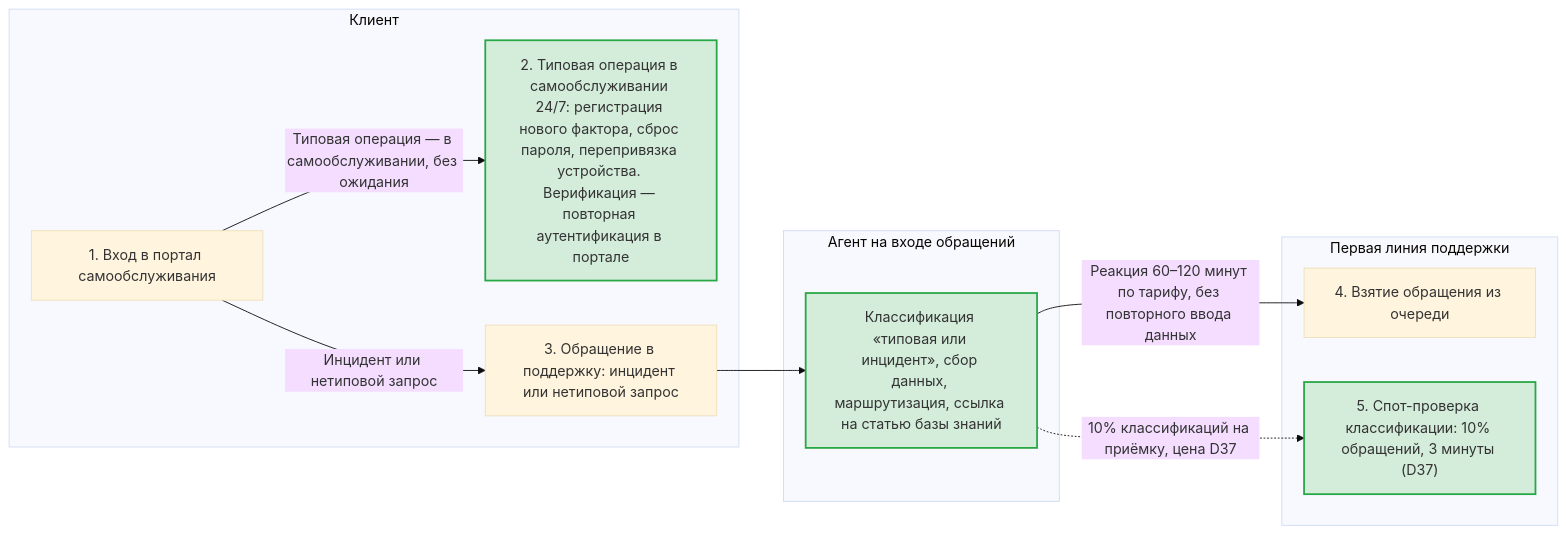
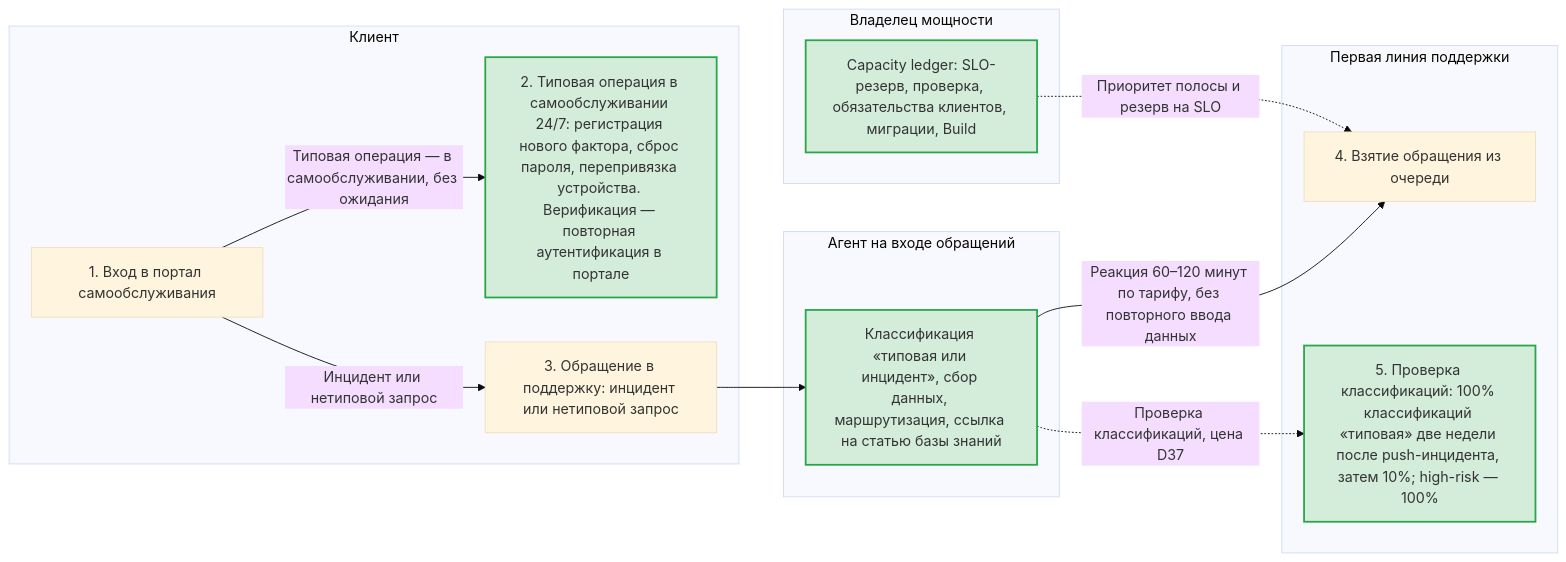
One commit to MikhailNv/pmis changed the second of 6 diagrams in практическая_работа_3.md. Above: the diagram before and after it, drawn with Mermaid (base theme). The commit also changed other lines of this file, not shown here.

````diff
--- a/практическая_работа_3.md
+++ b/практическая_работа_3.md
@@ -74,21 +80,25 @@
 ```mermaid
 flowchart LR
     classDef changed fill:#d4edda,stroke:#28a745,stroke-width:2px
     subgraph client["Клиент"]
         A1["1. Вход в портал самообслуживания"]
         A3["2. Типовая операция в самообслуживании 24/7: регистрация нового фактора, сброс пароля, перепривязка устройства. Верификация — повторная аутентификация в портале"]:::changed
         A2["3. Обращение в поддержку: инцидент или нетиповой запрос"]
     end
     subgraph agentlane["Агент на входе обращений"]
         C1["Классификация «типовая или инцидент», сбор данных, маршрутизация, ссылка на статью базы знаний"]:::changed
     end
     subgraph support["Первая линия поддержки"]
         B1["4. Взятие обращения из очереди"]
-        B4["5. Спот-проверка классификации: 10% обращений, 3 минуты (D37)"]:::changed
+        B4["5. Проверка классификаций: 100% классификаций «типовая» две недели после push-инцидента, затем 10%; high-risk — 100%"]:::changed
+    end
+    subgraph capacity["Владелец мощности"]
+        D1["Capacity ledger: SLO-резерв, проверка, обязательства клиентов, миграции, Build"]:::changed
     end
     A1 -->|"Типовая операция — в самообслуживании, без ожидания"| A3
     A1 -->|"Инцидент или нетиповой запрос"| A2
     A2 --> C1
     C1 -->|"Реакция 60–120 минут по тарифу, без повторного ввода данных"| B1
-    C1 -.->|"10% классификаций на приёмку, цена D37"| B4
+    C1 -.->|"Проверка классификаций, цена D37"| B4
+    D1 -.->|"Приоритет полосы и резерв на SLO"| B1
 ```
````
